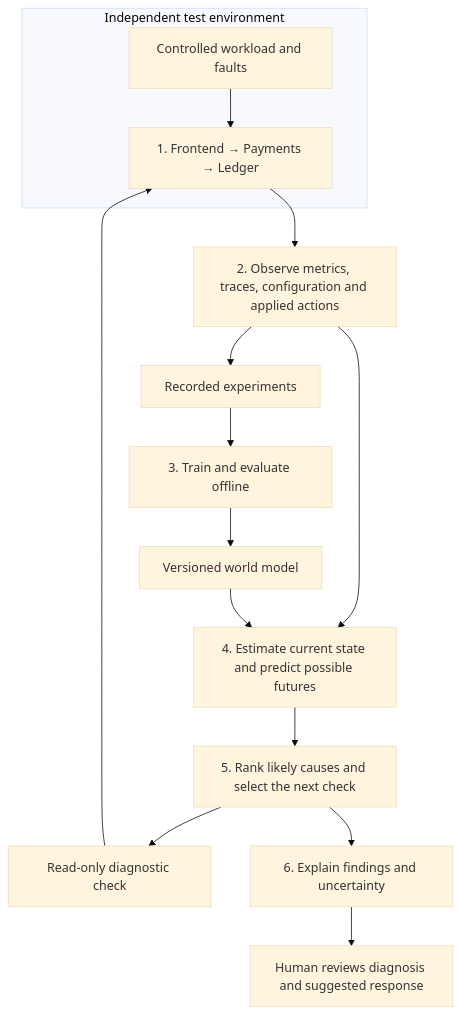
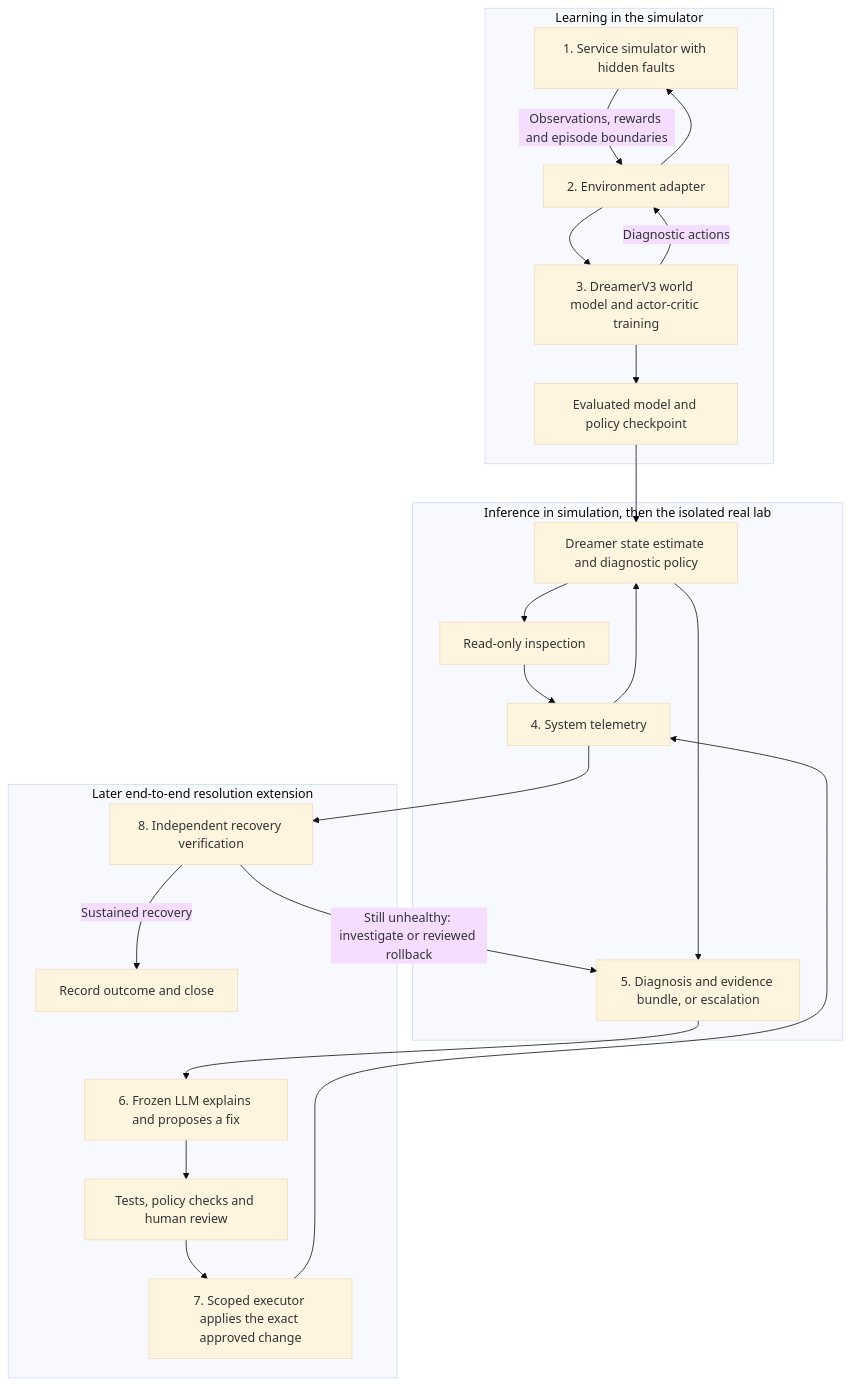
Before and after one commit to rnishtala/systems-world-model: the diagram in MVP_PLAN.md, drawn with Mermaid (base theme). The commit also changed other lines of this file and 1 other file, not shown here.

Commit message:
Plan direct DreamerV3 reuse and LLM-assisted resolution

````diff
--- a/MVP_PLAN.md
+++ b/MVP_PLAN.md
@@ -11,20 +25,30 @@
 ```mermaid
 flowchart TD
-    subgraph Lab[Independent test environment]
-        S[1. Frontend → Payments → Ledger]
-        C[Controlled workload and faults] --> S
+    subgraph Training[Learning in the simulator]
+        E[1. Service simulator with hidden faults]
+        A[2. Environment adapter]
+        E -->|Observations, rewards and episode boundaries| A
+        A --> D[3. DreamerV3 world model and actor-critic training]
+        D -->|Diagnostic actions| A
+        A --> E
+        D --> C[Evaluated model and policy checkpoint]
     end
 
-    S --> O[2. Observe metrics, traces, configuration and applied actions]
-    O --> D[Recorded experiments]
-    D --> T[3. Train and evaluate offline]
-    T --> M[Versioned world model]
+    subgraph Triage[Inference in simulation, then the isolated real lab]
+        S[4. System telemetry] --> I[Dreamer state estimate and diagnostic policy]
+        C --> I
+        I --> Q[Read-only inspection]
+        Q --> S
+        I --> B[5. Diagnosis and evidence bundle, or escalation]
+    end
 
-    O --> W[4. Estimate current state and predict possible futures]
-    M --> W
-    W --> P[5. Rank likely causes and select the next check]
-    P --> Q[Read-only diagnostic check]
-    Q --> S
-    P --> R[6. Explain findings and uncertainty]
-    R --> H[Human reviews diagnosis and suggested response]
+    subgraph Resolution[Later end-to-end resolution extension]
+        B --> L[6. Frozen LLM explains and proposes a fix]
+        L --> V[Tests, policy checks and human review]
+        V --> X[7. Scoped executor applies the exact approved change]
+        X --> S
+        S --> R[8. Independent recovery verification]
+        R -->|Still unhealthy: investigate or reviewed rollback| B
+        R -->|Sustained recovery| F[Record outcome and close]
+    end
 ```
````
